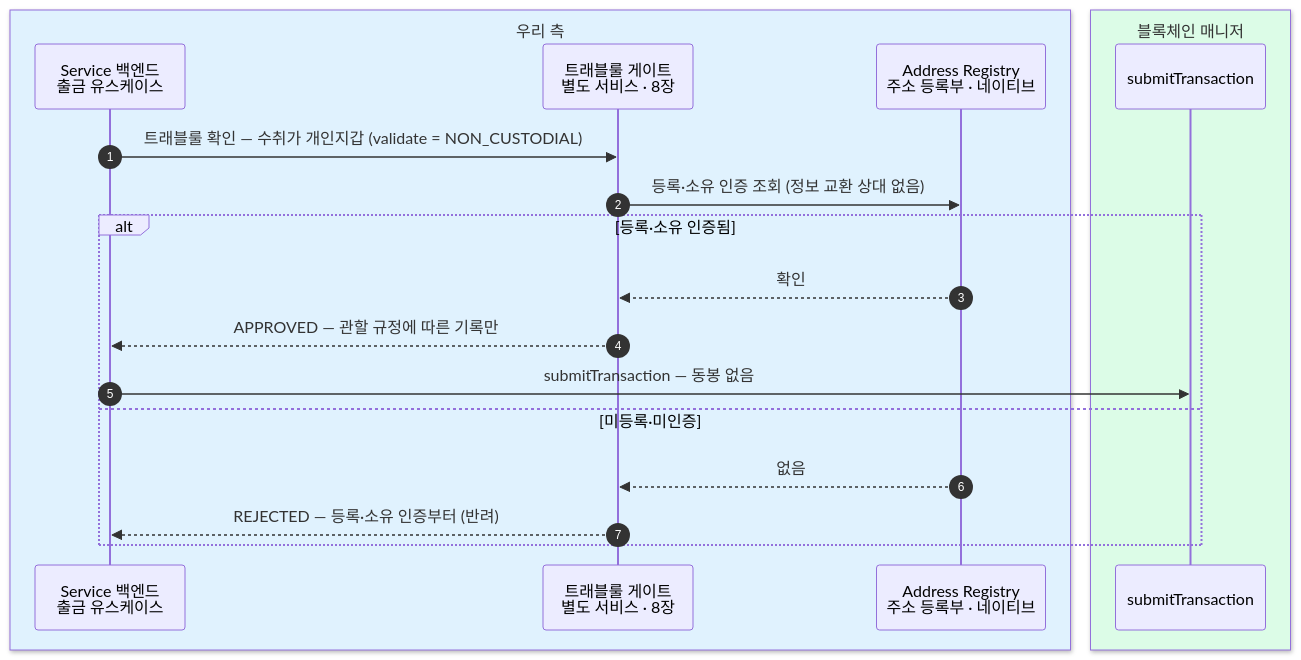
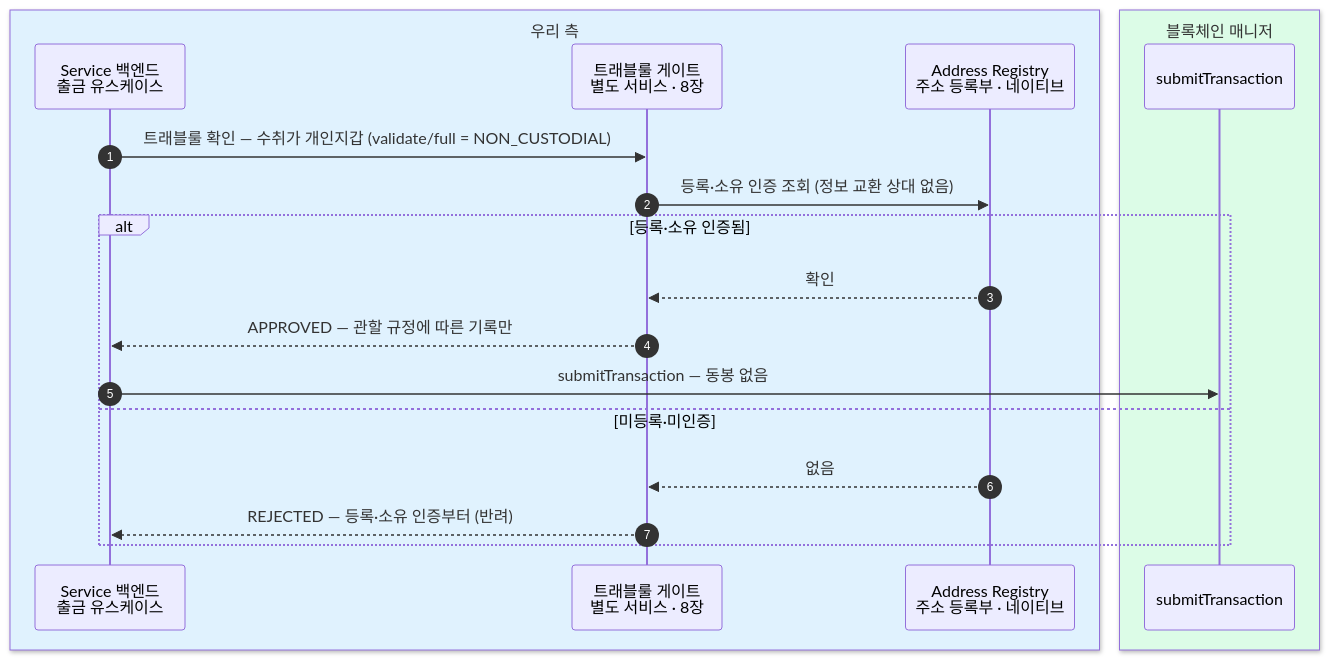
One commit to eunsujeo/eunpus changed the eighth of 11 diagrams in blockchain-manager/docs/트래블룰/설계/07-scenarios.md. Above: the diagram before and after it, drawn with Mermaid. The commit also changed other lines of this file and 20 other files, not shown here.

Commit message:
컴플라이언스 서비스 문서 신설(범위·인터페이스·API 정본) + 트래블룰 문서 개명·validate/full 통일 + 문서 사이드바 메서드 배지

````diff
--- a/blockchain-manager/docs/트래블룰/설계/07-scenarios.md
+++ b/blockchain-manager/docs/트래블룰/설계/07-scenarios.md
@@ -358,23 +364,23 @@
 ```mermaid
 sequenceDiagram
     autonumber
     box rgb(224,242,254) 우리 측
     participant BE as Service 백엔드<br/>출금 유스케이스
     participant GT as 트래블룰 게이트<br/>별도 서비스 · 8장
     participant AR as Address Registry<br/>주소 등록부 · 네이티브
     end
     box rgb(220,252,231) 블록체인 매니저
     participant BM as submitTransaction
     end
 
-    BE->>GT: 트래블룰 확인 — 수취가 개인지갑 (validate = NON_CUSTODIAL)
+    BE->>GT: 트래블룰 확인 — 수취가 개인지갑 (validate/full = NON_CUSTODIAL)
     GT->>AR: 등록·소유 인증 조회 (정보 교환 상대 없음)
     alt 등록·소유 인증됨
         AR-->>GT: 확인
         GT-->>BE: APPROVED — 관할 규정에 따른 기록만
         BE->>BM: submitTransaction — 동봉 없음
     else 미등록·미인증
         AR-->>GT: 없음
         GT-->>BE: REJECTED — 등록·소유 인증부터 (반려)
     end
 ```
````
